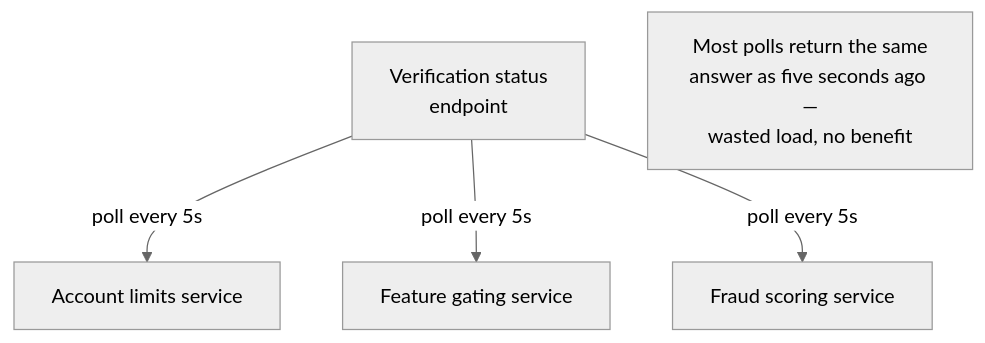
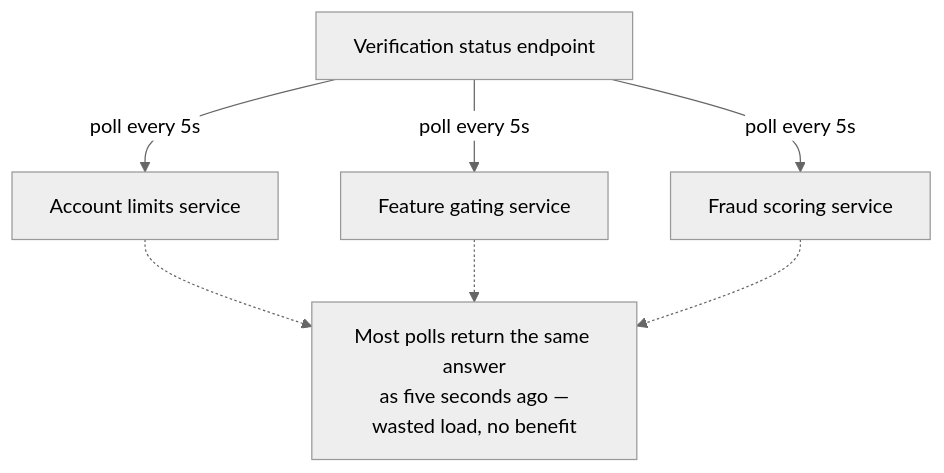
The seventh of 13 diagrams in system-design/HLD/0-course/50-National-ID-KYC-Verification-System-FAANG-Guide-story.md (riyaz-pasha/Learnings), drawn with Mermaid (neutral theme) before and after one commit. The commit also changed other lines of this file and 1 other file, not shown here.

Commit message:
[REWRITE] National ID KYC Verification story guide: simplify prose, add structure, fix diagrams

````diff
--- a/system-design/HLD/0-course/50-National-ID-KYC-Verification-System-FAANG-Guide-story.md
+++ b/system-design/HLD/0-course/50-National-ID-KYC-Verification-System-FAANG-Guide-story.md
@@ -307,7 +465,10 @@
 ```mermaid
 flowchart TD
-    A["Verification status\nendpoint"] -->|"poll every 5s"| B["Account limits service"]
+    A["Verification status endpoint"] -->|"poll every 5s"| B["Account limits service"]
     A -->|"poll every 5s"| C["Feature gating service"]
     A -->|"poll every 5s"| D["Fraud scoring service"]
-    Note["Most polls return the same\nanswer as five seconds ago —\nwasted load, no benefit"]
+    E["Most polls return the same answer<br/>as five seconds ago —<br/>wasted load, no benefit"]
+    B -.-> E
+    C -.-> E
+    D -.-> E
 ```
````
